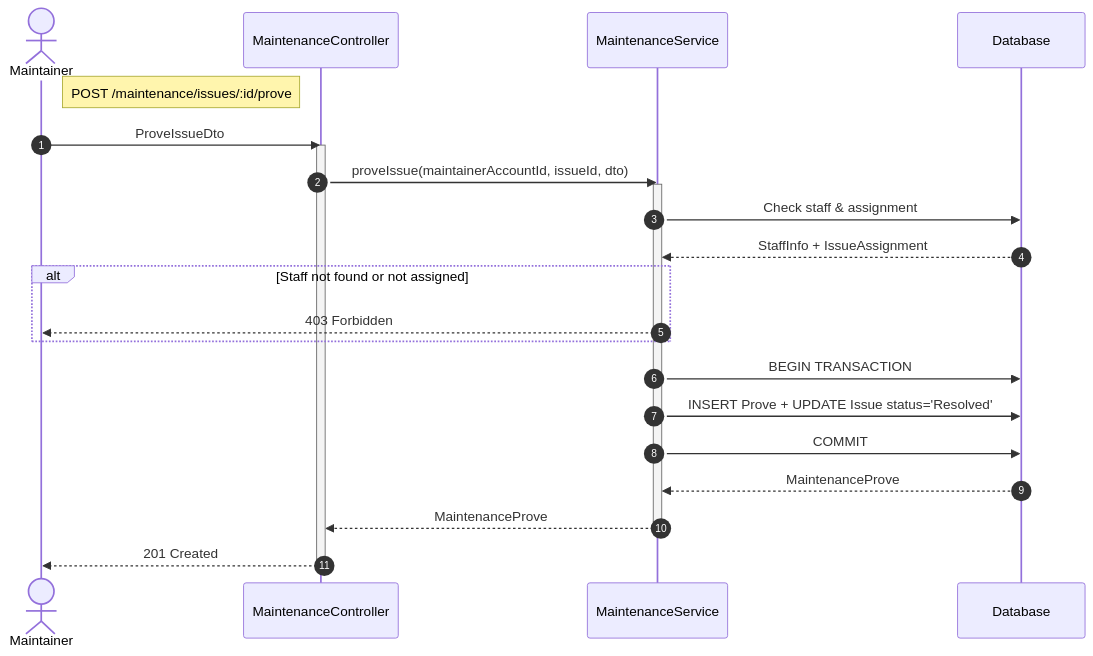
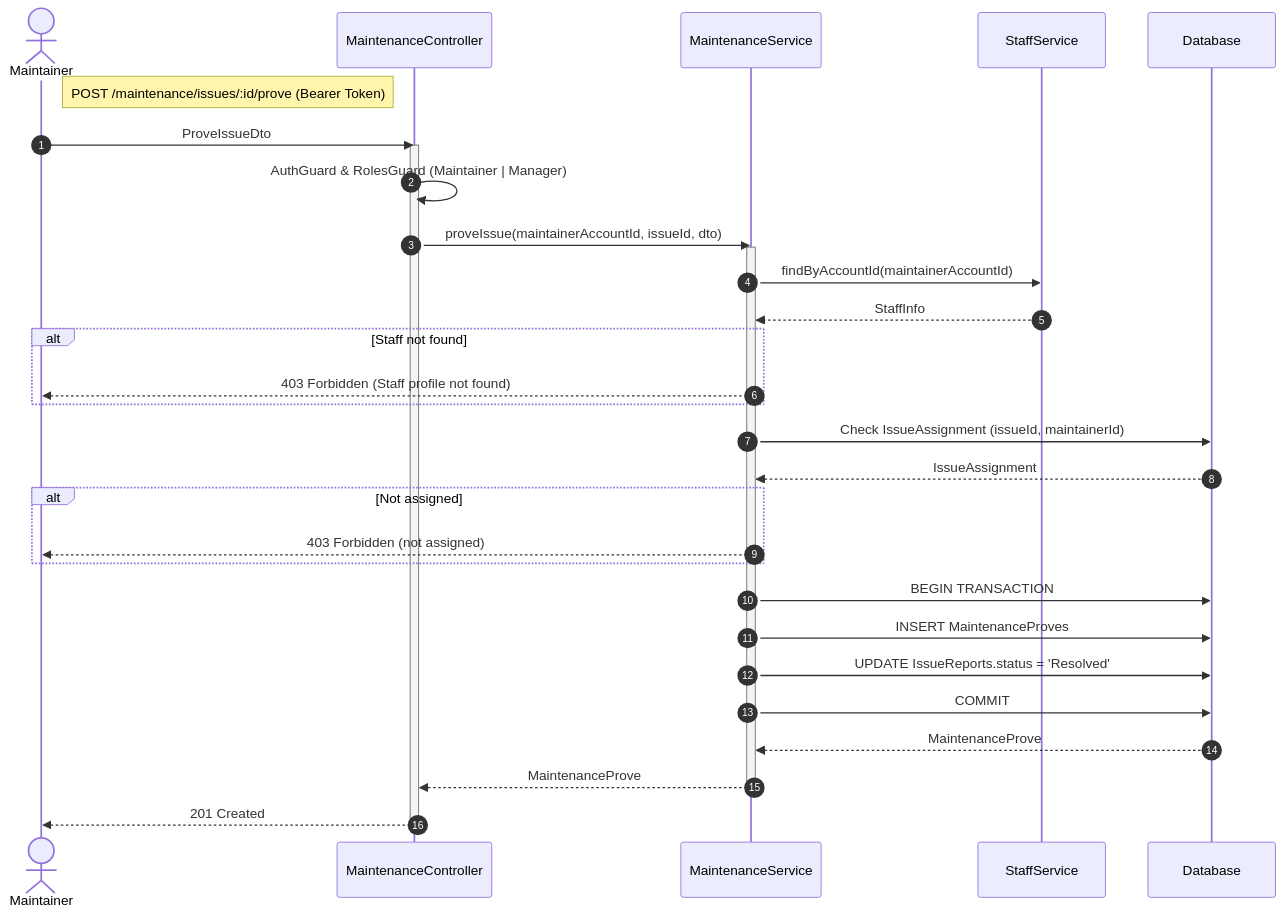
One commit to Notimemech/HotelHubManagement changed the diagram in docs/modules/maintenance/sequence/prove-issue.mmd. Above: the diagram before and after it, drawn with Mermaid. The commit also changed 6 other files, not shown here.

Commit message:
feat: Update housekeeping and maintenance diagrams with new classes and sequence flows

```diff
--- a/docs/modules/maintenance/sequence/prove-issue.mmd
+++ b/docs/modules/maintenance/sequence/prove-issue.mmd
@@ -1,31 +1,41 @@
 sequenceDiagram
     autonumber
     actor Client as Maintainer
     participant Ctrl as MaintenanceController
     participant Service as MaintenanceService
+    participant StaffSvc as StaffService
     participant DB as Database
 
-    note right of Client: POST /maintenance/issues/:id/prove
+    note right of Client: POST /maintenance/issues/:id/prove (Bearer Token)
     Client->>Ctrl: ProveIssueDto
     activate Ctrl
+    Ctrl->>Ctrl: AuthGuard & RolesGuard (Maintainer | Manager)
 
     Ctrl->>Service: proveIssue(maintainerAccountId, issueId, dto)
     activate Service
-    
-    Service->>DB: Check staff & assignment
-    DB-->>Service: StaffInfo + IssueAssignment
 
-    alt Staff not found or not assigned
-        Service-->>Client: 403 Forbidden
+    Service->>StaffSvc: findByAccountId(maintainerAccountId)
+    StaffSvc-->>Service: StaffInfo
+
+    alt Staff not found
+        Service-->>Client: 403 Forbidden (Staff profile not found)
+    end
+
+    Service->>DB: Check IssueAssignment (issueId, maintainerId)
+    DB-->>Service: IssueAssignment
+
+    alt Not assigned
+        Service-->>Client: 403 Forbidden (not assigned)
     end
 
     Service->>DB: BEGIN TRANSACTION
-    Service->>DB: INSERT Prove + UPDATE Issue status='Resolved'
+    Service->>DB: INSERT MaintenanceProves
+    Service->>DB: UPDATE IssueReports.status = 'Resolved'
     Service->>DB: COMMIT
     DB-->>Service: MaintenanceProve
 
     Service-->>Ctrl: MaintenanceProve
     deactivate Service
-    
+
     Ctrl-->>Client: 201 Created
     deactivate Ctrl
```
